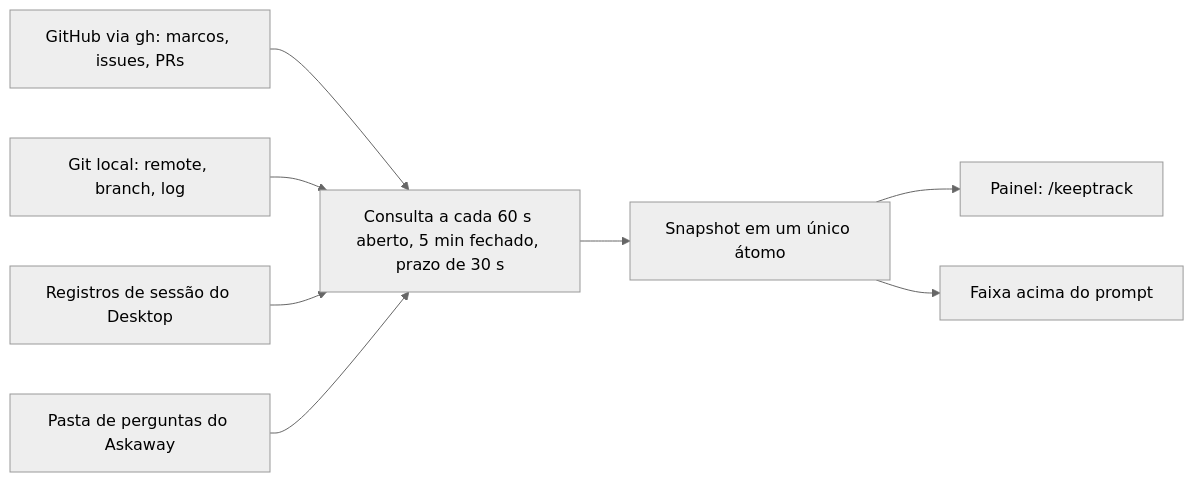
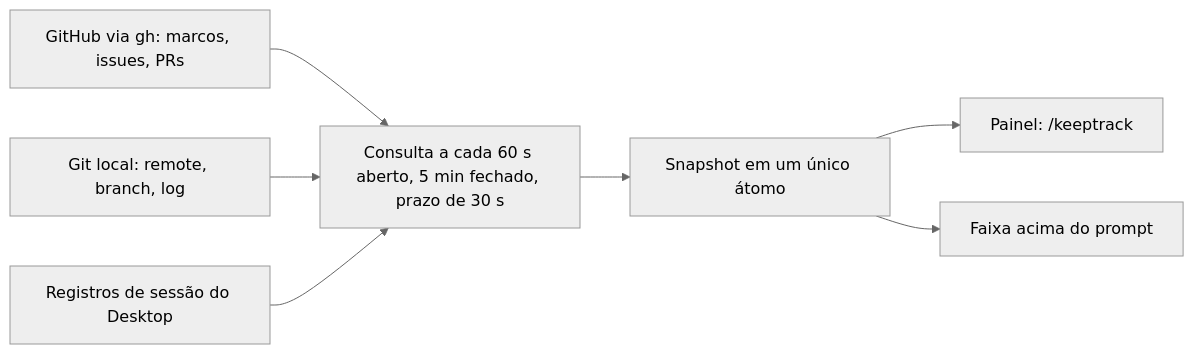
The first of 2 diagrams in README.pt-BR.md (KeepGlide/keepaway-repo), drawn with Mermaid (neutral theme) before and after one commit. The commit also changed other lines of this file and 2 other files, not shown here.

````diff
--- a/README.pt-BR.md
+++ b/README.pt-BR.md
@@ -91,10 +91,9 @@
 ```mermaid
 flowchart LR
     GH[GitHub via gh: marcos, issues, PRs] --> POLL
     GIT[Git local: remote, branch, log] --> POLL
     REC[Registros de sessão do Desktop] --> POLL
-    ASK[Pasta de perguntas do Askaway] --> POLL
     POLL[Consulta a cada 60 s aberto, 5 min fechado, prazo de 30 s] --> SNAP[Snapshot em um único átomo]
     SNAP --> PANE[Painel: /keeptrack]
     SNAP --> BAND[Faixa acima do prompt]
 ```
````
